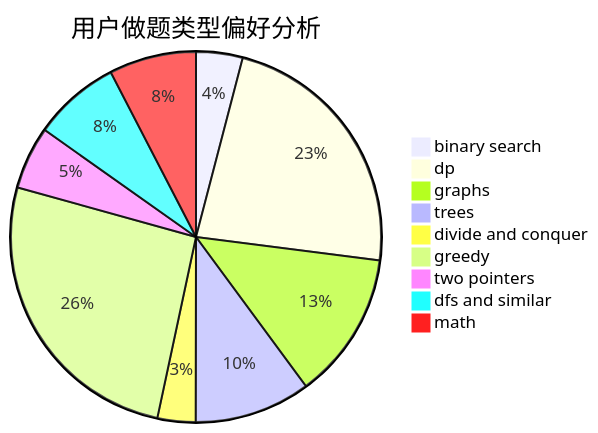
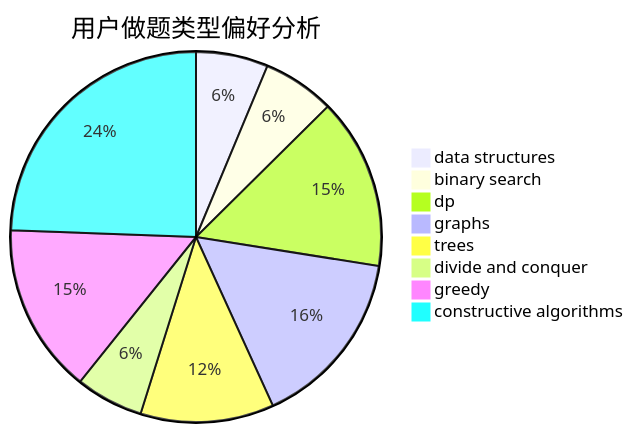
One commit to sherpahu/cfrs.github.io changed the second of 3 diagrams in docs/user/u211.md. Above: the diagram before and after it, drawn with Mermaid. The commit also changed other lines of this file and 2775 other files, not shown here.

````diff
--- a/docs/user/u211.md
+++ b/docs/user/u211.md
@@ -23,12 +23,11 @@
 ```mermaid
 pie title 用户做题类型偏好分析
-    "binary search" :  77
-    "dp" :  435
-    "graphs" :  244
-    "trees" :  192
+    "data structures" :  67
+    "binary search" :  67
+    "dp" :  159
+    "graphs" :  167
+    "trees" :  124
     "divide and conquer" :  63
-    "greedy" :  492
-    "two pointers" :  104
-    "dfs and similar" :  144
-    "math" :  144
+    "greedy" :  158
+    "constructive algorithms" :  260
 ```
````
